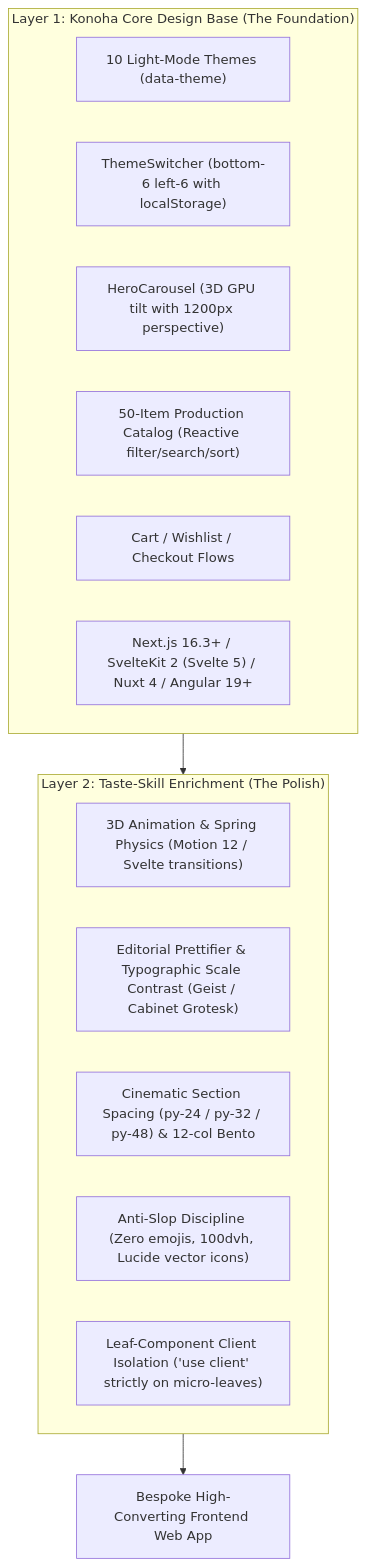
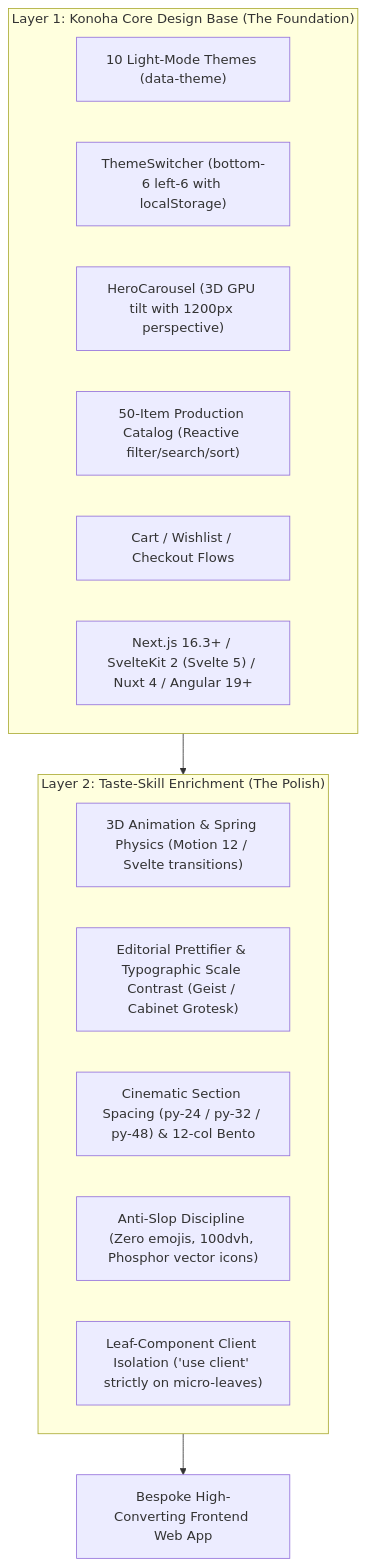
Before and after one commit to andycungkrinx91/konoha: the diagram in src/templates/skills/jonin-skill/references/taste-skill-frontend-expert.md, drawn with Mermaid. The commit also changed other lines of this file and 389 other files, not shown here.

````diff
--- a/src/templates/skills/jonin-skill/references/taste-skill-frontend-expert.md
+++ b/src/templates/skills/jonin-skill/references/taste-skill-frontend-expert.md
@@ -11,22 +11,22 @@
 ```mermaid
 flowchart TD
     subgraph Layer1 ["Layer 1: Konoha Core Design Base (The Foundation)"]
         K1["10 Light-Mode Themes (data-theme)"]
         K2["ThemeSwitcher (bottom-6 left-6 with localStorage)"]
         K3["HeroCarousel (3D GPU tilt with 1200px perspective)"]
         K4["50-Item Production Catalog (Reactive filter/search/sort)"]
         K5["Cart / Wishlist / Checkout Flows"]
         K6["Next.js 16.3+ / SvelteKit 2 (Svelte 5) / Nuxt 4 / Angular 19+"]
     end
 
     subgraph Layer2 ["Layer 2: Taste-Skill Enrichment (The Polish)"]
         T1["3D Animation & Spring Physics (Motion 12 / Svelte transitions)"]
         T2["Editorial Prettifier & Typographic Scale Contrast (Geist / Cabinet Grotesk)"]
         T3["Cinematic Section Spacing (py-24 / py-32 / py-48) & 12-col Bento"]
-        T4["Anti-Slop Discipline (Zero emojis, 100dvh, Lucide vector icons)"]
+        T4["Anti-Slop Discipline (Zero emojis, 100dvh, Phosphor vector icons)"]
         T5["Leaf-Component Client Isolation ('use client' strictly on micro-leaves)"]
     end
 
     Layer1 --> Layer2
     Layer2 --> ProductionUI["Bespoke High-Converting Frontend Web App"]
 ```
````
